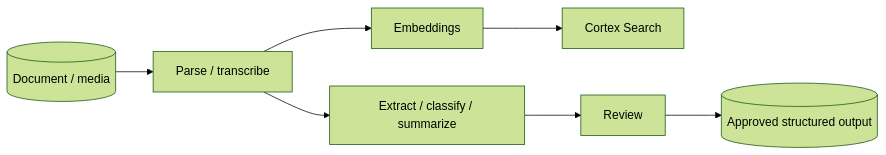
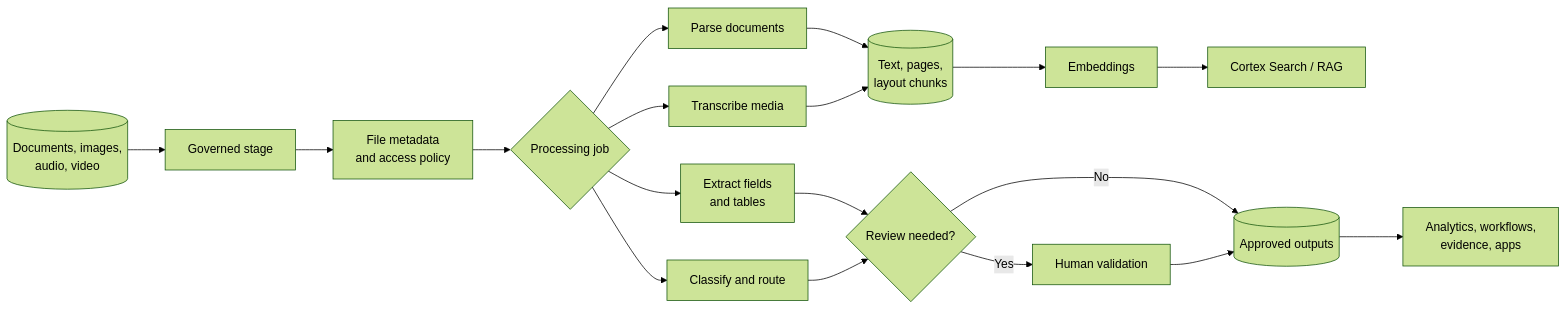
One commit to shonningsoy/Upskill changed the diagram in 01 Snowflake/05 Advanced Analytics and AI/42 Document and Multimodal AI.md. Above: the diagram before and after it, drawn with Mermaid (forest theme). The commit also changed other lines of this file and 1 other file, not shown here.

Commit message:
Expand Snowflake document and multimodal AI note

````diff
--- a/01 Snowflake/05 Advanced Analytics and AI/42 Document and Multimodal AI.md
+++ b/01 Snowflake/05 Advanced Analytics and AI/42 Document and Multimodal AI.md
@@ -60,9 +72,20 @@
 ```mermaid
 flowchart LR
-    FILE[(Document / media)] --> PARSE[Parse / transcribe]
-    PARSE --> EXTRACT[Extract / classify / summarize]
-    PARSE --> EMBED[Embeddings]
-    EMBED --> SEARCH[Cortex Search]
-    EXTRACT --> REVIEW[Review]
-    REVIEW --> TABLE[(Approved structured output)]
+    FILES[(Documents, images,<br/>audio, video)] --> STAGE[Governed stage]
+    STAGE --> META[File metadata<br/>and access policy]
+    META --> ROUTE{Processing job}
+    ROUTE --> PARSE[Parse documents]
+    ROUTE --> EXTRACT[Extract fields<br/>and tables]
+    ROUTE --> CLASSIFY[Classify and route]
+    ROUTE --> TRANSCRIBE[Transcribe media]
+    PARSE --> CHUNKS[(Text, pages,<br/>layout chunks)]
+    TRANSCRIBE --> CHUNKS
+    CHUNKS --> EMBED[Embeddings]
+    EMBED --> SEARCH[Cortex Search / RAG]
+    EXTRACT --> REVIEW{Review needed?}
+    CLASSIFY --> REVIEW
+    REVIEW -->|Yes| HUMAN[Human validation]
+    REVIEW -->|No| APPROVED[(Approved outputs)]
+    HUMAN --> APPROVED
+    APPROVED --> ANALYTICS[Analytics, workflows,<br/>evidence, apps]
 ```
````
